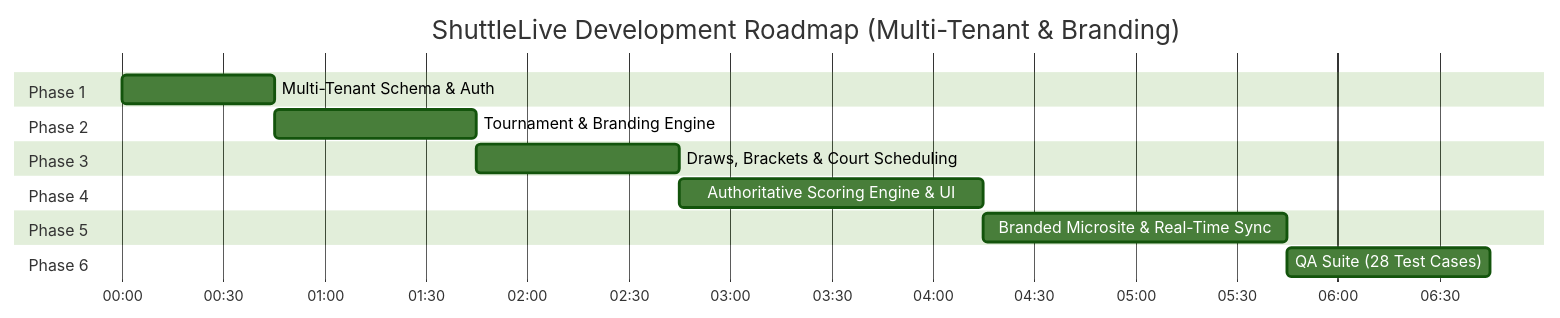
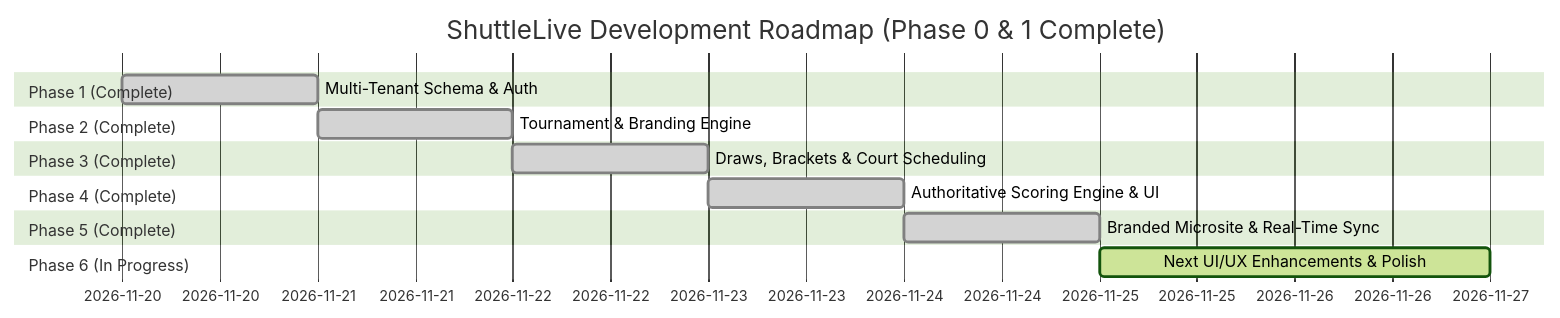
The diagram in docs/IMPLEMENTATION_PLAN.md (hasanraiyan/shuttlelive), drawn with Mermaid (forest theme) before and after one commit. The commit also changed other lines of this file and 7 other files, not shown here.

````diff
--- a/docs/IMPLEMENTATION_PLAN.md
+++ b/docs/IMPLEMENTATION_PLAN.md
@@ -12,18 +12,17 @@
 ```mermaid
 gantt
-    title ShuttleLive Development Roadmap (Multi-Tenant & Branding)
-    dateFormat  HH:mm
-    axisFormat  %H:%M
-    section Phase 1
-    Multi-Tenant Schema & Auth         :00:00, 45m
-    section Phase 2
-    Tournament & Branding Engine       :00:45, 60m
-    section Phase 3
-    Draws, Brackets & Court Scheduling :01:45, 60m
-    section Phase 4
-    Authoritative Scoring Engine & UI  :02:45, 90m
-    section Phase 5
-    Branded Microsite & Real-Time Sync :04:15, 90m
-    section Phase 6
-    QA Suite (28 Test Cases)           :05:45, 60m
+    title ShuttleLive Development Roadmap (Phase 0 & 1 Complete)
+    dateFormat  YYYY-MM-DD
+    section Phase 1 (Complete)
+    Multi-Tenant Schema & Auth         :done, 2026-11-20, 2026-11-21
+    section Phase 2 (Complete)
+    Tournament & Branding Engine       :done, 2026-11-21, 2026-11-22
+    section Phase 3 (Complete)
+    Draws, Brackets & Court Scheduling :done, 2026-11-22, 2026-11-23
+    section Phase 4 (Complete)
+    Authoritative Scoring Engine & UI  :done, 2026-11-23, 2026-11-24
+    section Phase 5 (Complete)
+    Branded Microsite & Real-Time Sync :done, 2026-11-24, 2026-11-25
+    section Phase 6 (In Progress)
+    Next UI/UX Enhancements & Polish   :active, 2026-11-25, 2026-11-27
 ```
````
